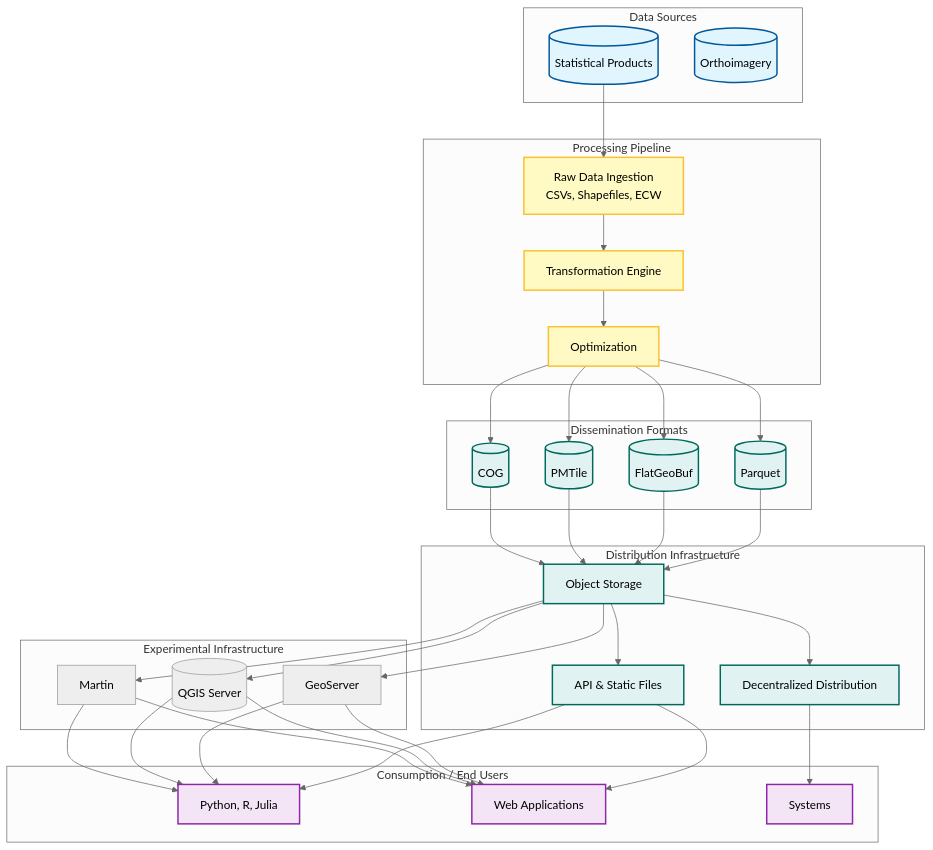
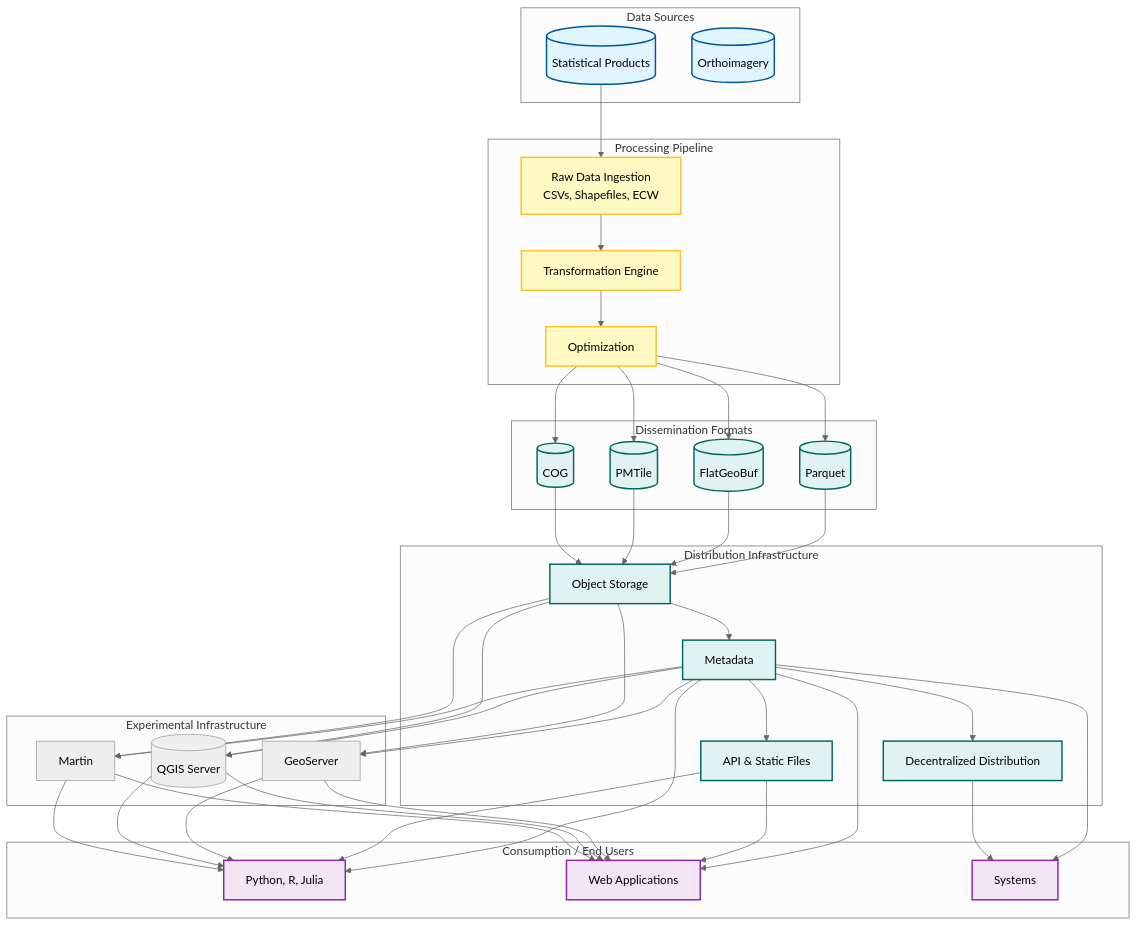
The diagram in content/_index.md (dataforcanada/www.dataforcanada.org), drawn with Mermaid (neutral theme) before and after one commit.

Commit message:
Added metadata portion to the high-level diagram in the front page

```diff
--- a/content/_index.md
+++ b/content/_index.md
@@ -50,6 +50,7 @@
         ObjectStorage[Object Storage]:::storage
         DecentralizedDistribution[Decentralized Distribution]:::storage
         Serverless[API & Static Files]:::storage
+        Metadata[Metadata]:::storage
     end
 
     subgraph "Experimental Infrastructure"
@@ -77,8 +78,15 @@
     FlatGeoBuf --> ObjectStorage
     PMTiles --> ObjectStorage
     COG --> ObjectStorage
-    ObjectStorage --> DecentralizedDistribution
-    ObjectStorage --> Serverless
+    ObjectStorage --> Metadata
+    Metadata --> DecentralizedDistribution
+    Metadata --> Serverless
+    Metadata --> GeoServer
+    Metadata --> QGISServer
+    Metadata --> Martin
+    Metadata --> DataSci
+    Metadata --> WebApps
+    Metadata --> Systems
     DecentralizedDistribution --> Systems
     Serverless --> WebApps
     Serverless --> DataSci
@@ -98,6 +106,7 @@
     click StatProducts "https://www.dataforcanada.org/docs/processes/statistical_products/" _blank
     click Orthoimagery "https://www.dataforcanada.org/docs/processes/orthoimagery/" _blank
     click DecentralizedDistribution "https://www.dataforcanada.org/docs/dissemination/" _blank
+    click Metadata "https://stac-utils.github.io/stac-geoparquet/latest/spec/stac-geoparquet-spec/" _blank
     click Martin "https://martin.maplibre.org/" _blank
     click GeoServer "https://geoserver.org/" _blank
     click COG "https://cogeo.org/" _blank
```
